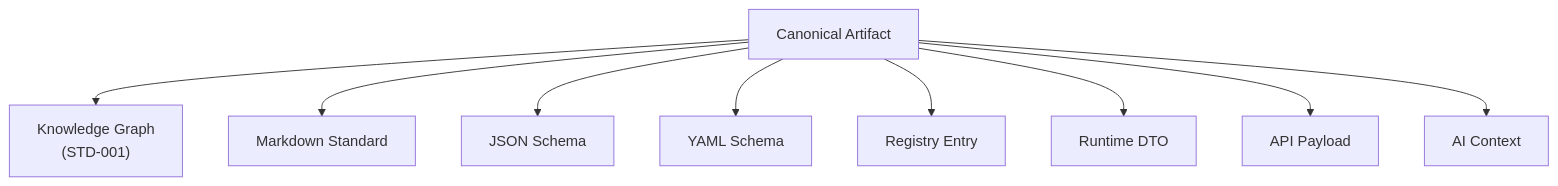
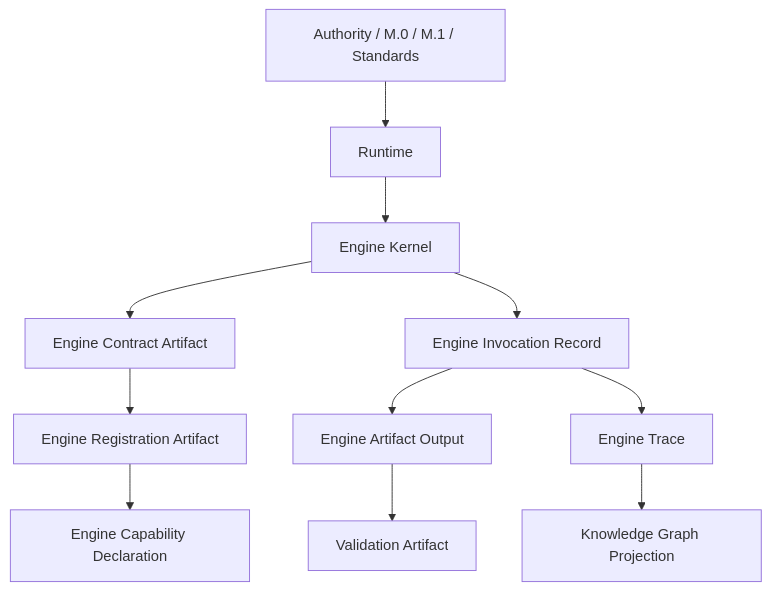
The eighth of 13 diagrams in docs/AI/Meta/M.1-Artifact-Meta-Model.md (doallon/forge-ai), drawn with Mermaid before and after one commit. The commit also changed other lines of this file, not shown here.

Commit message:
Align M.1 artifact meta model

````diff
--- a/docs/AI/Meta/M.1-Artifact-Meta-Model.md
+++ b/docs/AI/Meta/M.1-Artifact-Meta-Model.md
@@ -1301,11 +503,13 @@
 ```mermaid
 graph TD
-    CA["Canonical Artifact"] --> KG["Knowledge Graph<br/>(STD-001)"]
-    CA --> MD["Markdown Standard"]
-    CA --> JS["JSON Schema"]
-    CA --> YM["YAML Schema"]
-    CA --> RE["Registry Entry"]
-    CA --> DT["Runtime DTO"]
-    CA --> AP["API Payload"]
-    CA --> AC["AI Context"]
+    AUTH["Authority / M.0 / M.1 / Standards"] --> RT["Runtime"]
+    RT --> KERNEL["Engine Kernel"]
+    KERNEL --> CONTRACT["Engine Contract Artifact"]
+    CONTRACT --> REG["Engine Registration Artifact"]
+    REG --> CAP["Engine Capability Declaration"]
+    KERNEL --> INV["Engine Invocation Record"]
+    INV --> OUT["Engine Artifact Output"]
+    INV --> TRACE["Engine Trace"]
+    OUT --> VAL["Validation Artifact"]
+    TRACE --> KG["Knowledge Graph Projection"]
 ```
````
